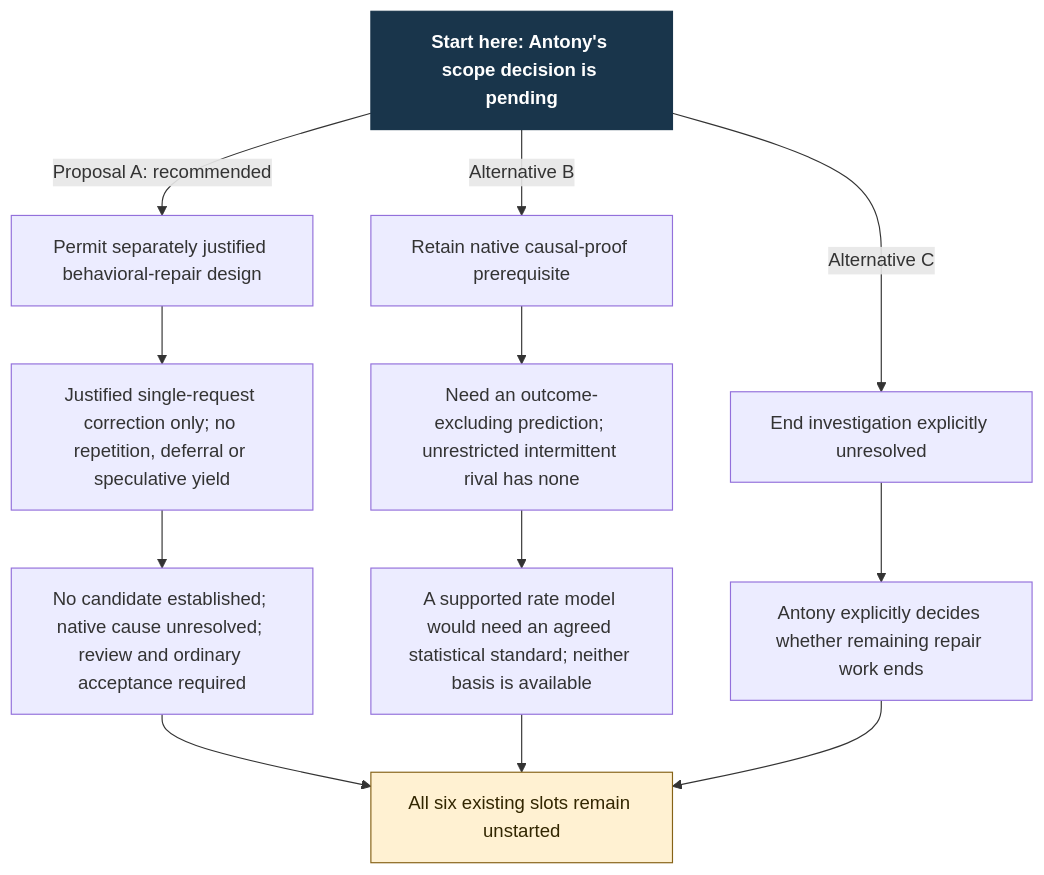
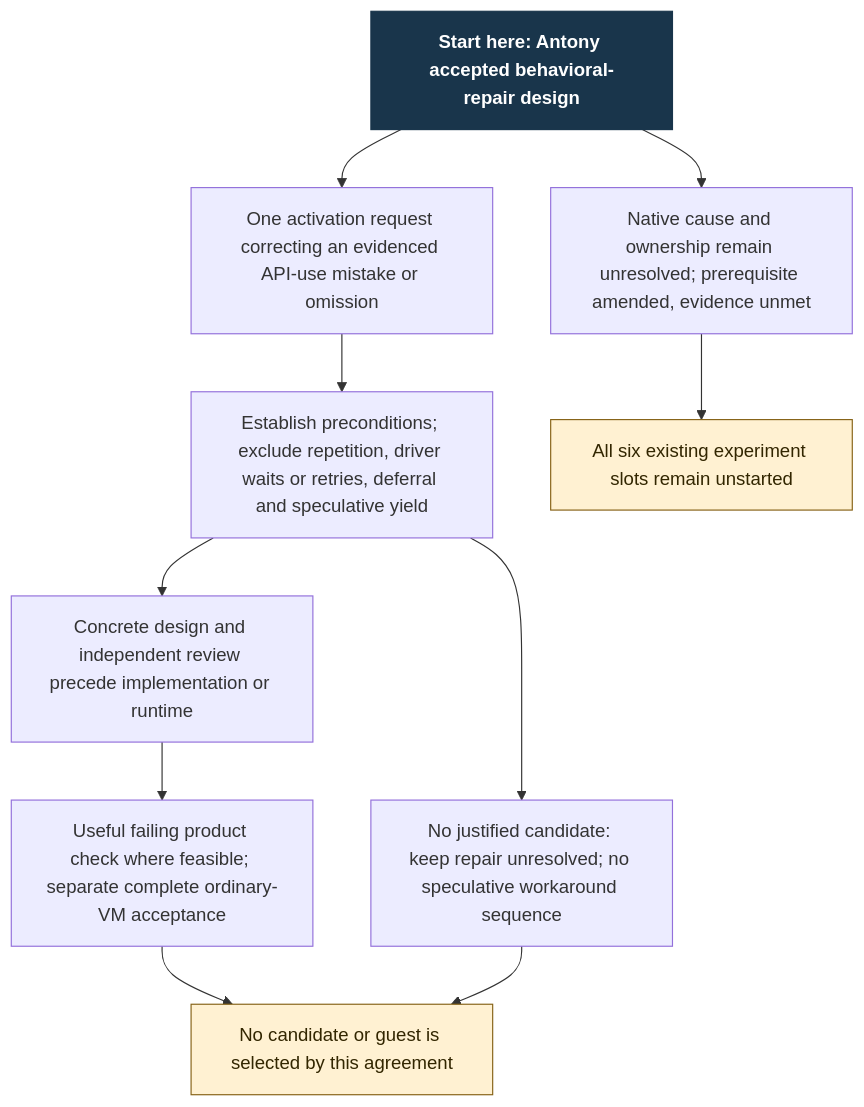
The diagram in docs/design/architecture/settings-activation/scope-choice.mmd (Linkuistics/Koine), drawn with Mermaid before and after one commit. The commit also changed 14 other files, not shown here.

Commit message:
settings-activation-scope-k42: accept behavioral repair design scope

```diff
--- a/docs/design/architecture/settings-activation/scope-choice.mmd
+++ b/docs/design/architecture/settings-activation/scope-choice.mmd
@@ -1,15 +1,13 @@
 flowchart TD
-    S["Start here: Antony's scope decision is pending"]:::start
-    S -->|Proposal A: recommended| A["Permit separately justified behavioral-repair design"]
-    S -->|Alternative B| B["Retain native causal-proof prerequisite"]
-    S -->|Alternative C| C["End investigation explicitly unresolved"]
-    A --> A1["Justified single-request correction only; no repetition, deferral or speculative yield"]
-    A1 --> A2["No candidate established; native cause unresolved; review and ordinary acceptance required"]
-    B --> B1["Need an outcome-excluding prediction; unrestricted intermittent rival has none"]
-    B1 --> B2["A supported rate model would need an agreed statistical standard; neither basis is available"]
-    C --> C1["Antony explicitly decides whether remaining repair work ends"]
-    A2 --> H["All six existing slots remain unstarted"]:::hold
-    B2 --> H
-    C1 --> H
+    S["Start here: Antony accepted behavioral-repair design"]:::start
+    S --> A["One activation request correcting an evidenced API-use mistake or omission"]
+    A --> A1["Establish preconditions; exclude repetition, driver waits or retries, deferral and speculative yield"]
+    A1 --> A2["Concrete design and independent review precede implementation or runtime"]
+    A2 --> T["Useful failing product check where feasible; separate complete ordinary-VM acceptance"]
+    A1 --> U["No justified candidate: keep repair unresolved; no speculative workaround sequence"]
+    S --> C["Native cause and ownership remain unresolved; prerequisite amended, evidence unmet"]
+    C --> H["All six existing experiment slots remain unstarted"]:::hold
+    T --> N["No candidate or guest is selected by this agreement"]:::hold
+    U --> N
     classDef start fill:#19354b,color:#fff,font-weight:bold,stroke:#19354b
     classDef hold fill:#fff1d2,color:#322600,stroke:#866216
```
